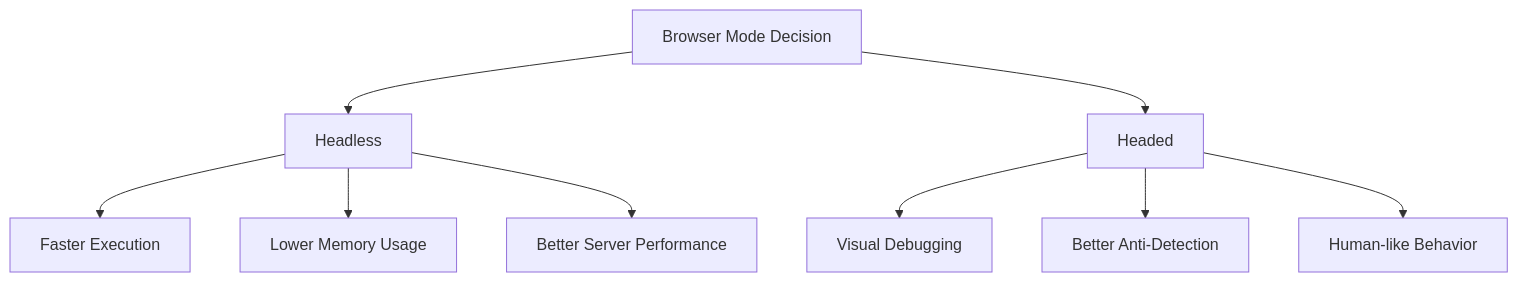
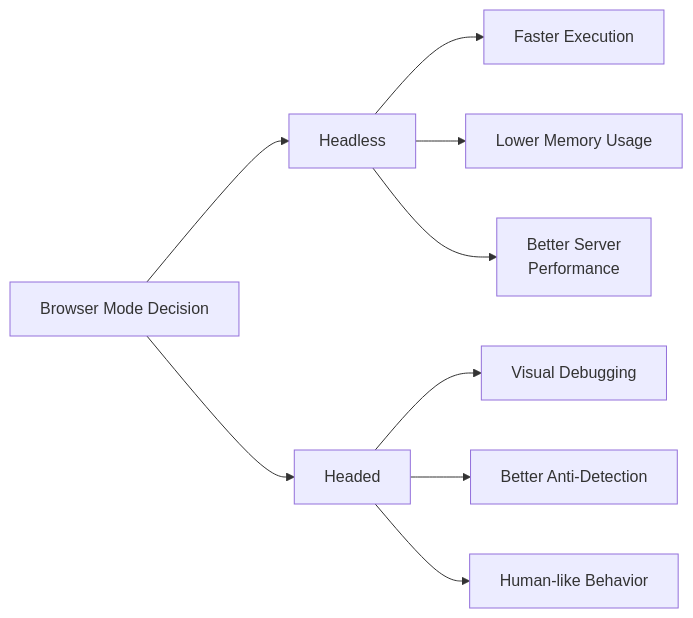
The first of 3 diagrams in _posts/2025-05-11-headless-vs-headed-browser-automation.md (bytetunnels/bytetunnels.github.com), drawn with Mermaid before and after one commit. The commit also changed other lines of this file and 118 other files, not shown here.

Commit message:
feat: improve diagram styling and compact wide flowcharts

````diff
--- a/_posts/2025-05-11-headless-vs-headed-browser-automation.md
+++ b/_posts/2025-05-11-headless-vs-headed-browser-automation.md
@@ -40,15 +40,15 @@
 ```mermaid
-graph TD
+graph LR
     A[Browser Mode Decision]
 
     A --> B[Headless]
     A --> C[Headed]
 
     B --> D[Faster Execution]
     B --> E[Lower Memory Usage]
-    B --> F[Better Server Performance]
+    B --> F["Better Server<br/>Performance"]
 
     C --> G[Visual Debugging]
     C --> H[Better Anti-Detection]
     C --> I[Human-like Behavior]
 ```
````
